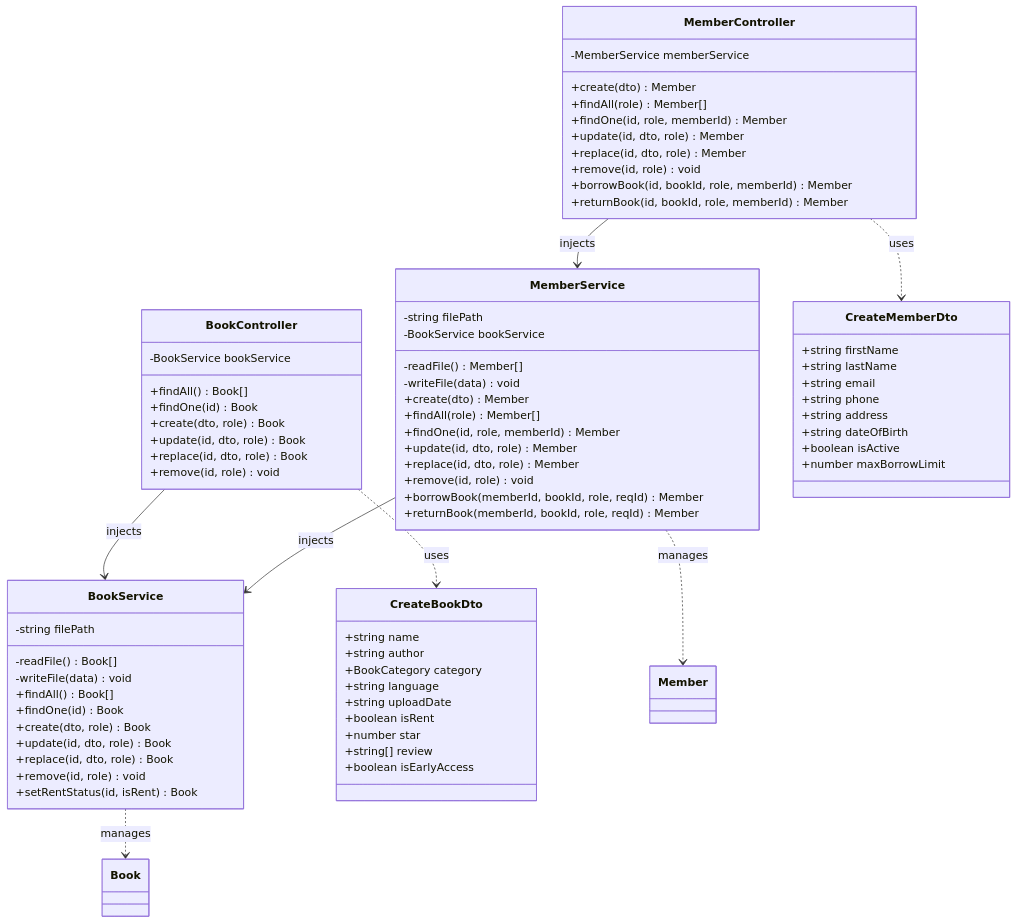
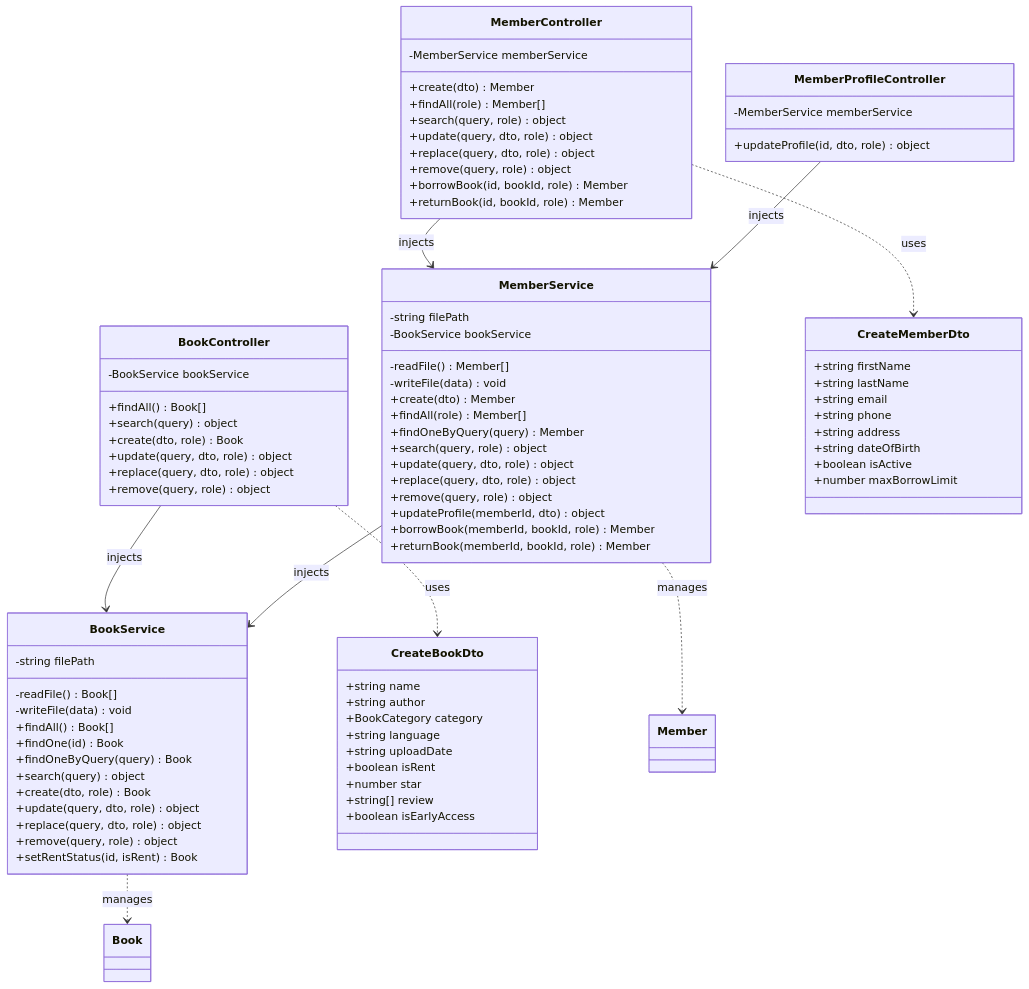
Before and after one commit to Whitemehat/oop-typescript-final-project-2026-Tomatooo: the second of 5 diagrams in docs/uml-diagram.md, drawn with Mermaid. The commit also changed other lines of this file and 18 other files, not shown here.

```diff
--- a/docs/uml-diagram.md
+++ b/docs/uml-diagram.md
@@ -73,11 +73,11 @@
     class BookController {
         -BookService bookService
         +findAll() Book[]
-        +findOne(id) Book
+        +search(query) object
         +create(dto, role) Book
-        +update(id, dto, role) Book
-        +replace(id, dto, role) Book
-        +remove(id, role) void
+        +update(query, dto, role) object
+        +replace(query, dto, role) object
+        +remove(query, role) object
     }
 
     class BookService {
@@ -86,10 +86,12 @@
         -writeFile(data) void
         +findAll() Book[]
         +findOne(id) Book
+        +findOneByQuery(query) Book
+        +search(query) object
         +create(dto, role) Book
-        +update(id, dto, role) Book
-        +replace(id, dto, role) Book
-        +remove(id, role) void
+        +update(query, dto, role) object
+        +replace(query, dto, role) object
+        +remove(query, role) object
         +setRentStatus(id, isRent) Book
     }
 
@@ -97,12 +99,17 @@
         -MemberService memberService
         +create(dto) Member
         +findAll(role) Member[]
-        +findOne(id, role, memberId) Member
-        +update(id, dto, role) Member
-        +replace(id, dto, role) Member
-        +remove(id, role) void
-        +borrowBook(id, bookId, role, memberId) Member
-        +returnBook(id, bookId, role, memberId) Member
+        +search(query, role) object
+        +update(query, dto, role) object
+        +replace(query, dto, role) object
+        +remove(query, role) object
+        +borrowBook(id, bookId, role) Member
+        +returnBook(id, bookId, role) Member
+    }
+
+    class MemberProfileController {
+        -MemberService memberService
+        +updateProfile(id, dto, role) object
     }
 
     class MemberService {
@@ -112,12 +119,14 @@
         -writeFile(data) void
         +create(dto) Member
         +findAll(role) Member[]
-        +findOne(id, role, memberId) Member
-        +update(id, dto, role) Member
-        +replace(id, dto, role) Member
-        +remove(id, role) void
-        +borrowBook(memberId, bookId, role, reqId) Member
-        +returnBook(memberId, bookId, role, reqId) Member
+        +findOneByQuery(query) Member
+        +search(query, role) object
+        +update(query, dto, role) object
+        +replace(query, dto, role) object
+        +remove(query, role) object
+        +updateProfile(memberId, dto) object
+        +borrowBook(memberId, bookId, role) Member
+        +returnBook(memberId, bookId, role) Member
     }
 
     class CreateBookDto {
@@ -145,6 +154,7 @@
 
     BookController --> BookService : injects
     MemberController --> MemberService : injects
+    MemberProfileController --> MemberService : injects
     MemberService --> BookService : injects
     BookController ..> CreateBookDto : uses
     MemberController ..> CreateMemberDto : uses
```
